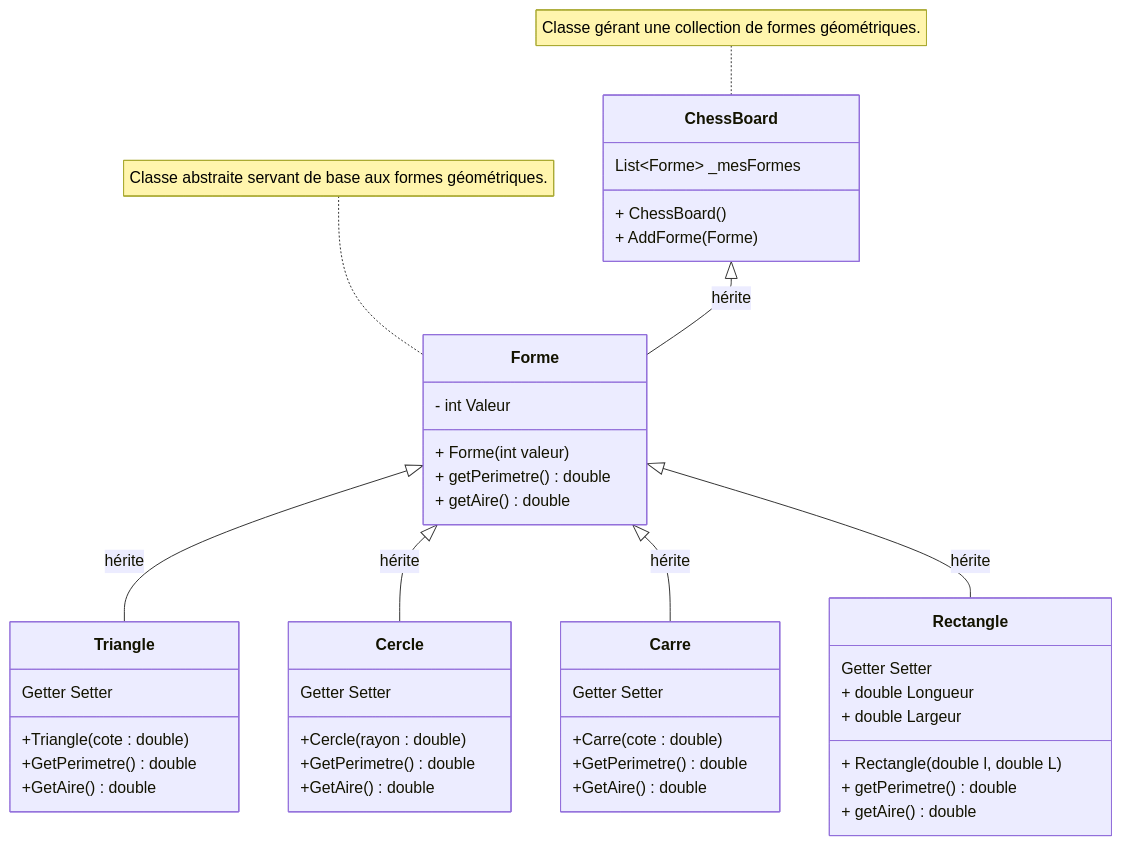
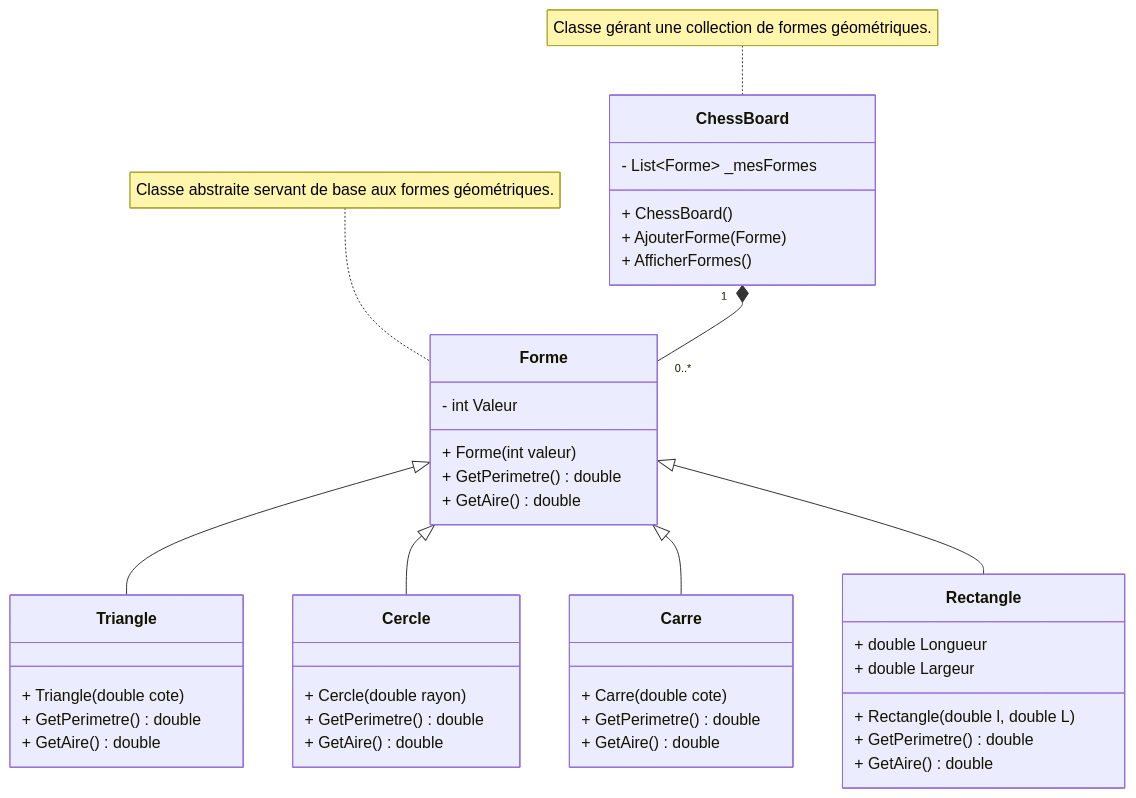
The diagram in uml/diagrame_class.mmd (Wesleysnipzz/fil-rouge), drawn with Mermaid before and after one commit.

```diff
--- a/uml/diagrame_class.mmd
+++ b/uml/diagrame_class.mmd
@@ -1,49 +1,53 @@
 classDiagram
     class Forme {
-      
-      - int Valeur
-      + Forme(int valeur)
-      + getPerimetre() double
-      + getAire() double
+        - int Valeur
+        + Forme(int valeur)
+        + GetPerimetre() double
+        + GetAire() double
     }
 
     class Triangle {
-        Getter Setter
-        +Triangle(cote : double)
-        +GetPerimetre()  double
-        +GetAire()  double
+        + Triangle(double cote)
+        + GetPerimetre() double
+        + GetAire() double
     }
 
     class Cercle {
-        Getter Setter
-        +Cercle(rayon : double)
-        +GetPerimetre()  double
-        +GetAire()  double
+        + Cercle(double rayon)
+        + GetPerimetre() double
+        + GetAire() double
     }
 
     class Carre {
-        Getter Setter
-        +Carre(cote : double)
-        +GetPerimetre()  double
-        +GetAire()  double
+        + Carre(double cote)
+        + GetPerimetre() double
+        + GetAire() double
     }
+
     class Rectangle {
-        Getter Setter
-      + double Longueur
-      + double Largeur
-      + Rectangle(double l, double L)
-      + getPerimetre() double
-      + getAire() double
+        + double Longueur
+        + double Largeur
+        + Rectangle(double l, double L)
+        + GetPerimetre() double
+        + GetAire() double
     }
+
     class ChessBoard {
-        List~Forme~ _mesFormes
-      + ChessBoard()
-      + AddForme(Forme ) 
+        - List~Forme~ _mesFormes
+        + ChessBoard()
+        + AjouterForme(Forme)
+        + AfficherFormes()
     }
-    ChessBoard <|-- Forme : hérite
-    Forme <|-- Triangle : hérite
-    Forme <|-- Cercle : hérite
-    Forme <|-- Carre : hérite
-    Forme <|-- Rectangle : hérite
+
+%% Héritage des formes
+    Forme <|-- Triangle
+    Forme <|-- Cercle
+    Forme <|-- Carre
+    Forme <|-- Rectangle
+
+%% Relation de composition entre ChessBoard et Forme
+    ChessBoard "1" *-- "0..*" Forme
+
+%% Notes explicatives
     note for ChessBoard "Classe gérant une collection de formes géométriques."
     note for Forme "Classe abstraite servant de base aux formes géométriques."
```
